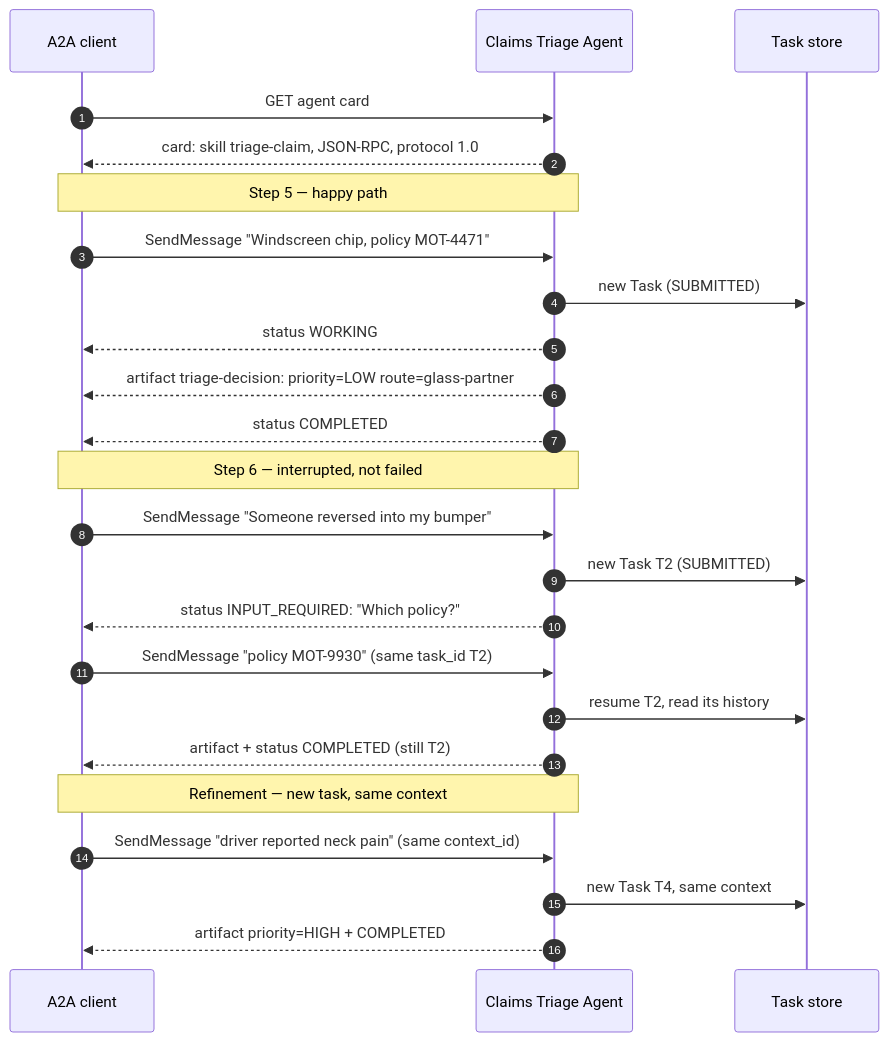
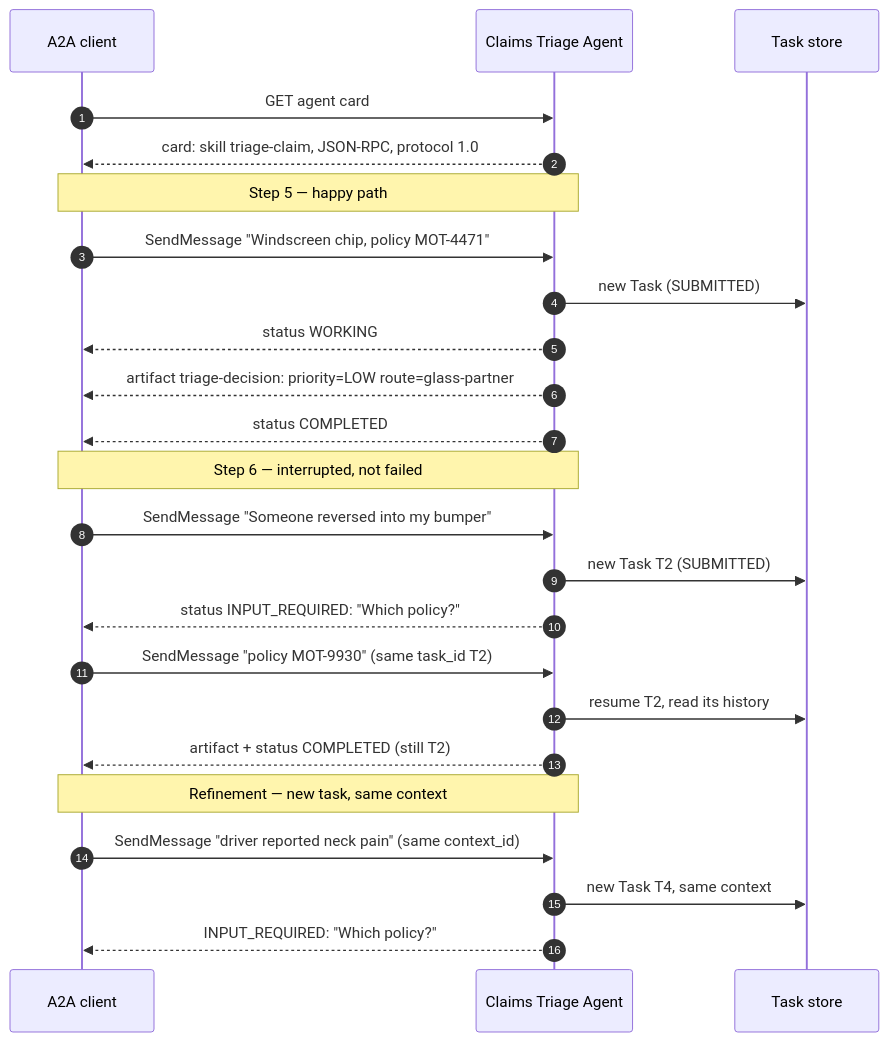
The third of 6 diagrams in README.md (strudel0209/FoundryUpdatesSept2026), drawn with Mermaid before and after one commit. The commit also changed other lines of this file and 2 other files, not shown here.

Commit message:
updated foundry-demo-5-a2a.ipynb, added a REST client to validate A2A server reqs, updated README.md

````diff
--- a/README.md
+++ b/README.md
@@ -238,30 +238,30 @@
 ```mermaid
 sequenceDiagram
   autonumber
   participant Client as A2A client
   participant Agent as Claims Triage Agent
   participant Store as Task store
 
   Client->>Agent: GET agent card
   Agent-->>Client: card: skill triage-claim, JSON-RPC, protocol 1.0
 
   Note over Client,Agent: Step 5 — happy path
   Client->>Agent: SendMessage "Windscreen chip, policy MOT-4471"
   Agent->>Store: new Task (SUBMITTED)
   Agent-->>Client: status WORKING
   Agent-->>Client: artifact triage-decision: priority=LOW route=glass-partner
   Agent-->>Client: status COMPLETED
 
   Note over Client,Agent: Step 6 — interrupted, not failed
   Client->>Agent: SendMessage "Someone reversed into my bumper"
   Agent->>Store: new Task T2 (SUBMITTED)
   Agent-->>Client: status INPUT_REQUIRED: "Which policy?"
   Client->>Agent: SendMessage "policy MOT-9930" (same task_id T2)
   Agent->>Store: resume T2, read its history
   Agent-->>Client: artifact + status COMPLETED (still T2)
 
   Note over Client,Agent: Refinement — new task, same context
   Client->>Agent: SendMessage "driver reported neck pain" (same context_id)
   Agent->>Store: new Task T4, same context
-  Agent-->>Client: artifact priority=HIGH + COMPLETED
+  Agent-->>Client: INPUT_REQUIRED: "Which policy?"
 ```
````
